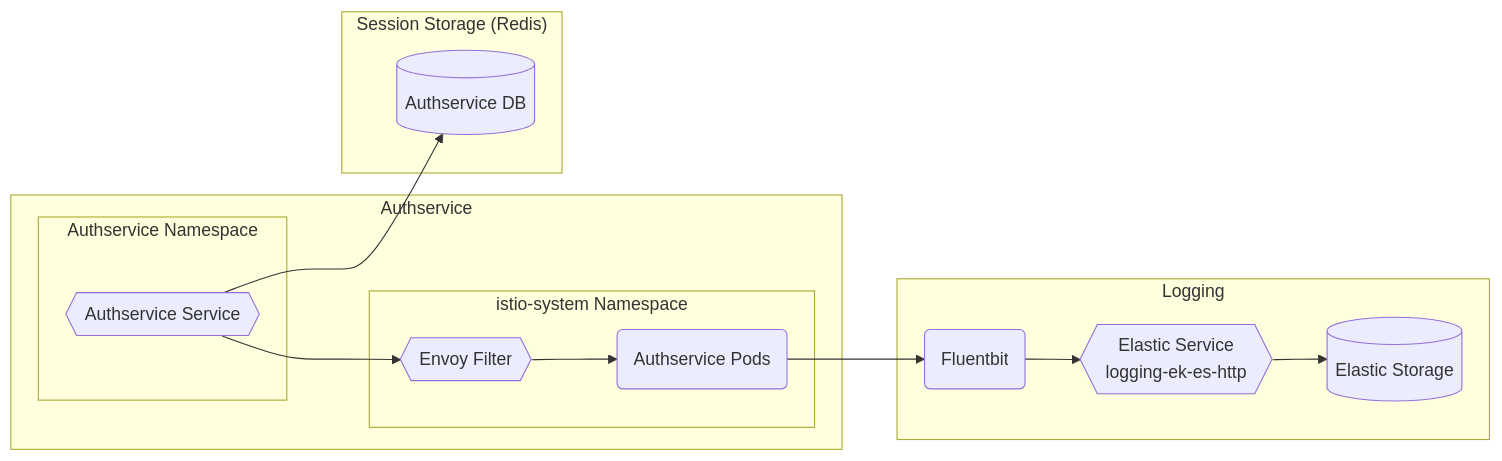
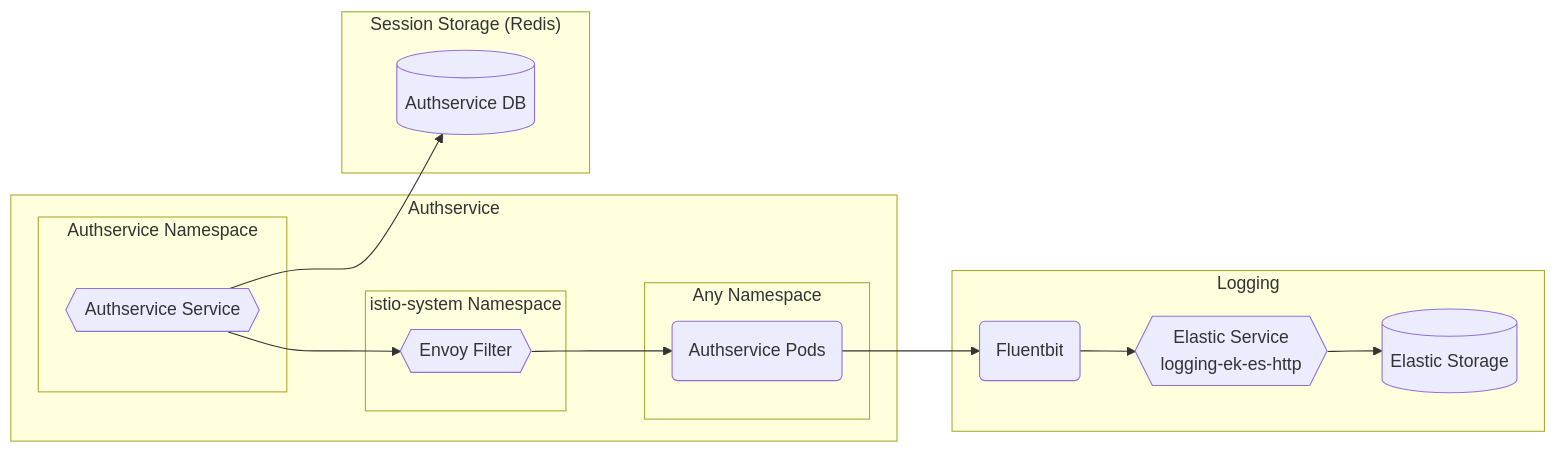
Before and after one commit to rjferguson21/big-bang: the diagram in charter/packages/authservice/Architecture.md, drawn with Mermaid.

Commit message:
update mermaid diagram

````diff
--- a/charter/packages/authservice/Architecture.md
+++ b/charter/packages/authservice/Architecture.md
@@ -13,24 +13,26 @@
 ```mermaid
 graph LR
   subgraph "Authservice"
-    authservicepods("Authservice Pod(s)")
+    subgraph "Any Namespace"
+      authservicepods("Authservice Pod(s)")
+    end
 
     subgraph "istio-system Namespace"
       envoyfilter{{"Envoy Filter"}} --> authservicepods
     end
     
     subgraph "Authservice Namespace"
       authservice{{"Authservice Service"}} --> envoyfilter
     end
         
   end
 
   subgraph "Session Storage (Redis)"
     authservice --> database3[("Authservice DB")]
   end
 
   subgraph "Logging"
     authservicepods("Authservice Pods") --> fluent(Fluentbit) --> logging-ek-es-http
     logging-ek-es-http{{Elastic Service<br />logging-ek-es-http}} --> elastic[(Elastic Storage)]
   end
 ```
````
